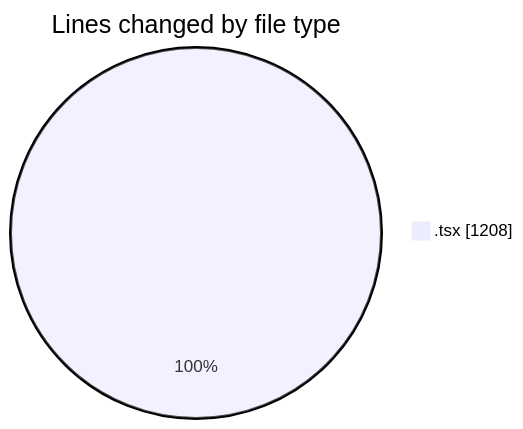
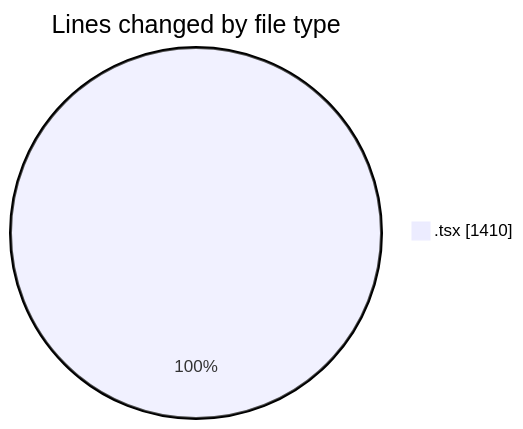
One commit to momahboobian/code-tracking changed the first of 2 diagrams in 2025-02-12/cda/README.md. Above: the diagram before and after it, drawn with Mermaid. The commit also changed other lines of this file and 1 other file, not shown here.

````diff
--- a/2025-02-12/cda/README.md
+++ b/2025-02-12/cda/README.md
@@ -21,5 +21,5 @@
 ```mermaid
 pie showData
 title Lines changed by file type
-".tsx" : 1208
+".tsx" : 1410
 ```
````
